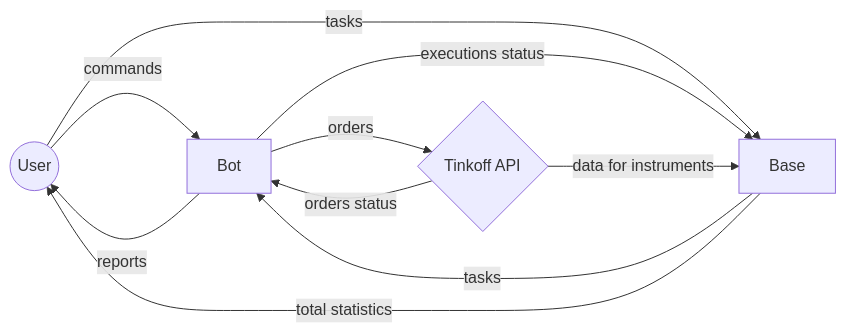
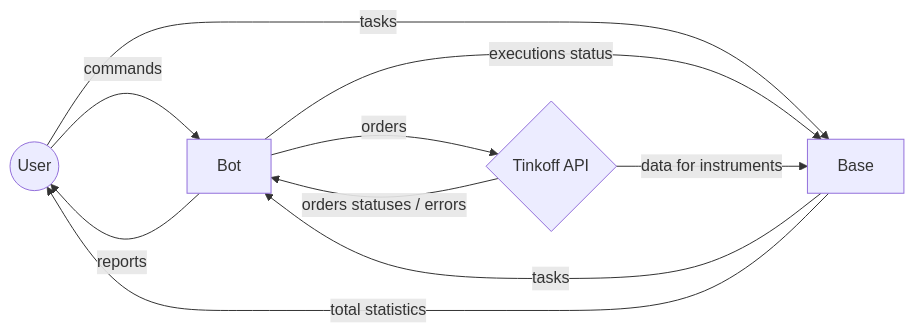
One commit to holohup/trademan-1.0-alpha-public changed the diagram in README.md. Above: the diagram before and after it, drawn with Mermaid. The commit also changed other lines of this file, not shown here.

````diff
--- a/README.md
+++ b/README.md
@@ -26,13 +28,13 @@
 ```mermaid
 graph LR
 
 A((User)) -- commands --> B[Bot]
 B -- reports --> A
 A -- tasks --> C[Base]
 B -- executions status --> C
 C -- tasks --> B
 D{Tinkoff API} -- data for instruments--> C
 B -- orders --> D
-D -- orders status --> B
+D -- orders statuses / errors --> B
 C -- total statistics --> A
 ```
````
